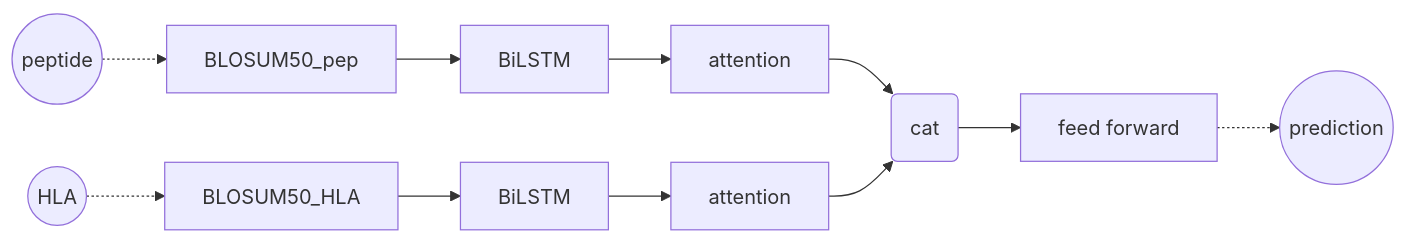
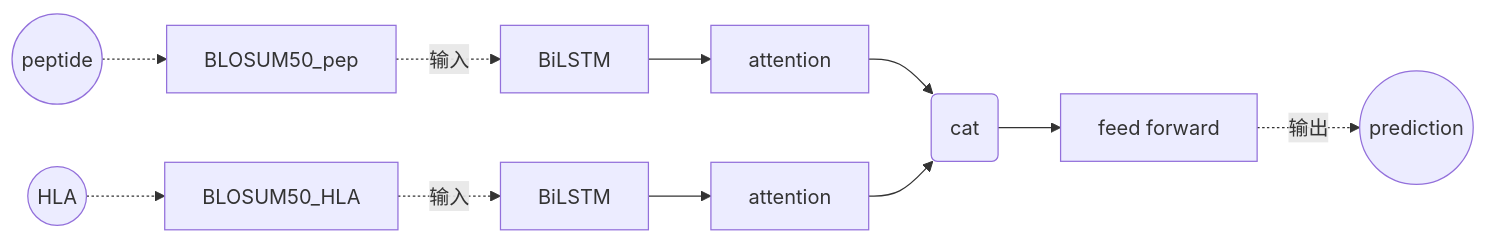
One commit to Jiadong001/Assessment-II changed the third of 3 diagrams in README.md. Above: the diagram before and after it, drawn with Mermaid. The commit also changed other lines of this file, not shown here.

````diff
--- a/README.md
+++ b/README.md
@@ -75,19 +111,19 @@
 ```mermaid
 graph LR
 
 a((peptide))
 b((HLA))
 c[BLOSUM50_pep]
 d[BLOSUM50_HLA]
 e[BiLSTM]
 f[BiLSTM]
 g[attention]
 h[attention]
 i(cat)
 j[feed forward]
 k((prediction))
 
-a-.->c-->e-->g-->i
-b-.->d-->f-->h-->i
-i-->j-.->k
+a-.->c-.输入.->e-->g-->i
+b-.->d-.输入.->f-->h-->i
+i-->j-.输出.->k
 ```
````
